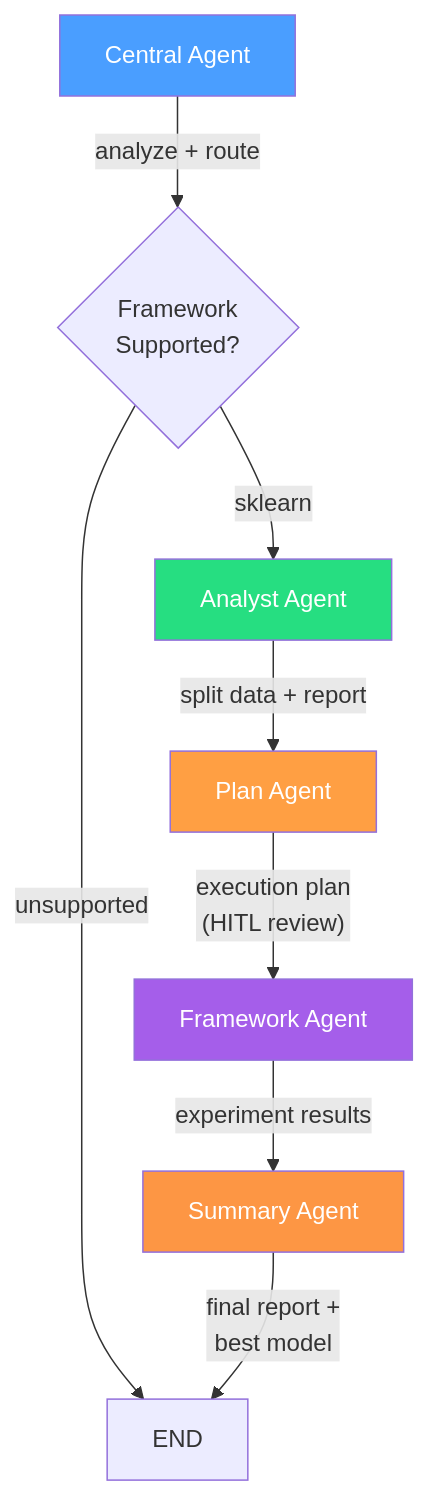
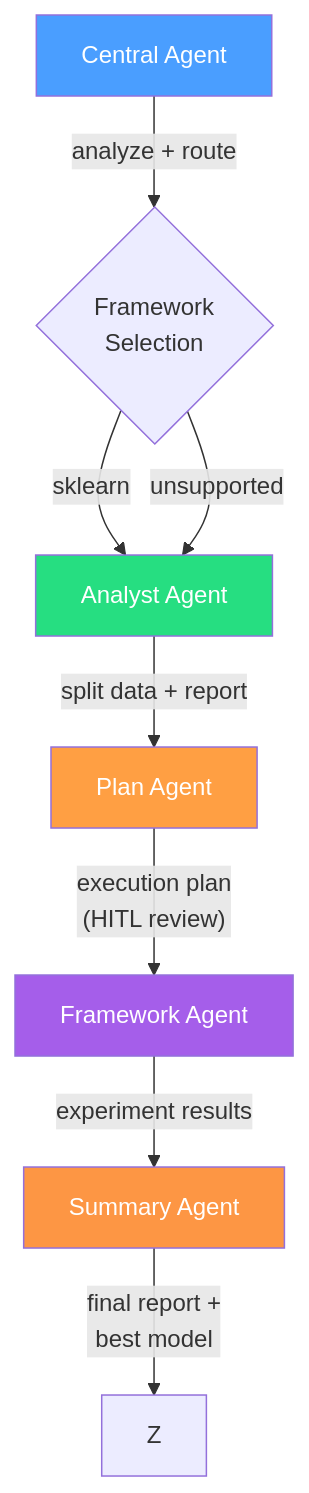
Before and after one commit to lblogan14/Scientist-Bin: the diagram in backend/README.md, drawn with Mermaid. The commit also changed other lines of this file and 13 other files, not shown here.

````diff
--- a/backend/README.md
+++ b/backend/README.md
@@ -31,16 +31,16 @@
 ```mermaid
 graph TD
-    A[Central Agent] -- "analyze + route" --> B{Framework<br/>Supported?}
+    A[Central Agent] -- "analyze + route" --> B{Framework<br/>Selection}
     B -->|sklearn| C[Analyst Agent]
-    B -->|unsupported| Z[END]
+    B -->|unsupported| C
     C -- "split data + report" --> D[Plan Agent]
     D -- "execution plan<br/>(HITL review)" --> E[Framework Agent]
     E -- "experiment results" --> F[Summary Agent]
     F -- "final report +<br/>best model" --> Z
 
     style A fill:#4a9eff,color:#fff
     style C fill:#26de81,color:#fff
     style D fill:#ff9f43,color:#fff
     style E fill:#a55eea,color:#fff
     style F fill:#fd9644,color:#fff
 ```
````
